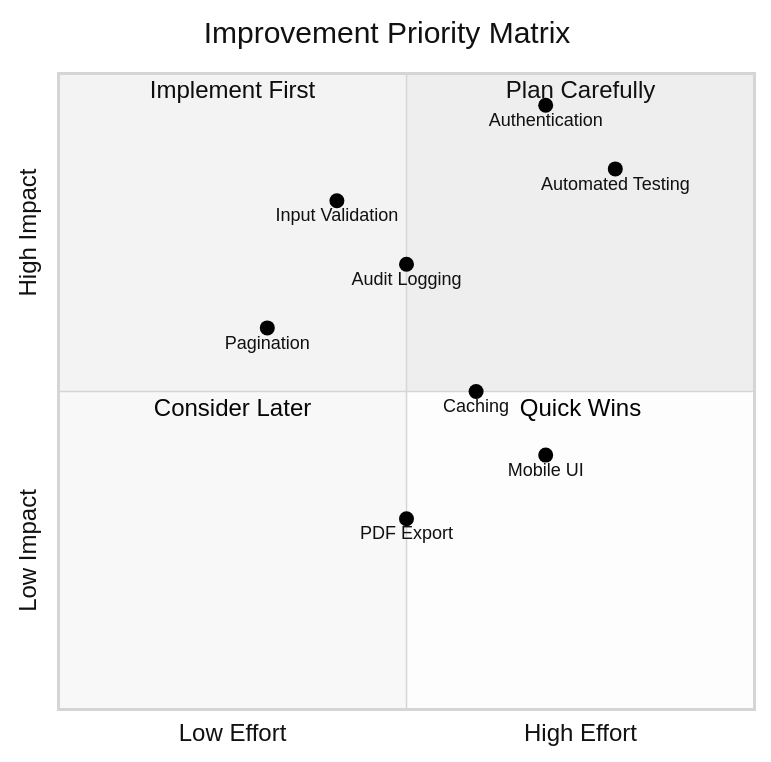
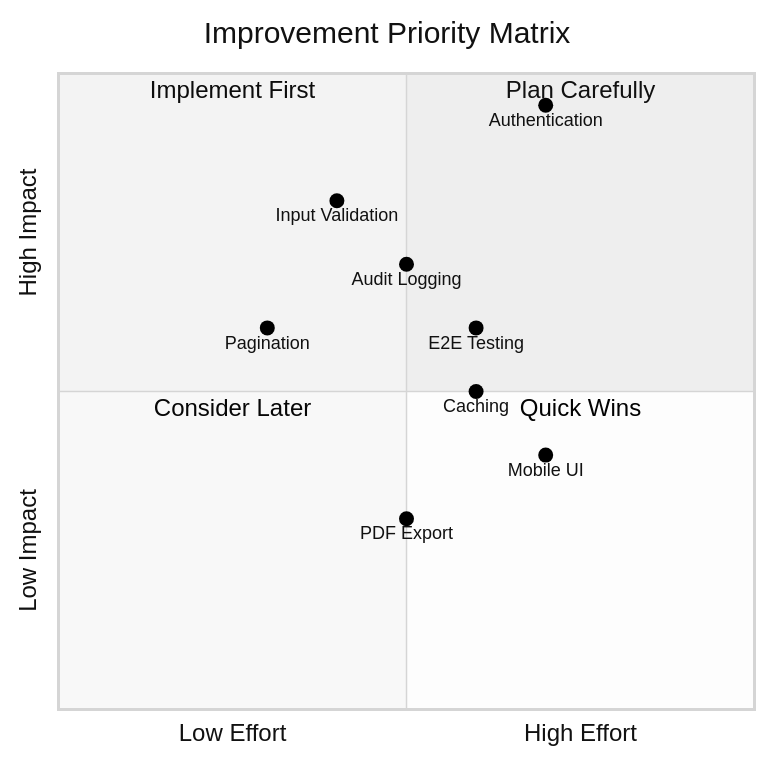
The seventh of 13 diagrams in PROJECT_REPORT.md (HaochenFa/COMP2411_DBMS_CMMS_GroupProject), drawn with Mermaid (neutral theme) before and after one commit. The commit also changed other lines of this file, not shown here.

````diff
--- a/PROJECT_REPORT.md
+++ b/PROJECT_REPORT.md
@@ -339,19 +344,19 @@
 ```mermaid
 quadrantChart
     title Improvement Priority Matrix
     x-axis Low Effort --> High Effort
     y-axis Low Impact --> High Impact
     quadrant-1 Plan Carefully
     quadrant-2 Implement First
     quadrant-3 Consider Later
     quadrant-4 Quick Wins
 
     Authentication: [0.7, 0.95]
     Input Validation: [0.4, 0.8]
-    Automated Testing: [0.8, 0.85]
     Pagination: [0.3, 0.6]
     Audit Logging: [0.5, 0.7]
     Caching: [0.6, 0.5]
     Mobile UI: [0.7, 0.4]
     PDF Export: [0.5, 0.3]
+    E2E Testing: [0.6, 0.6]
 ```
````
